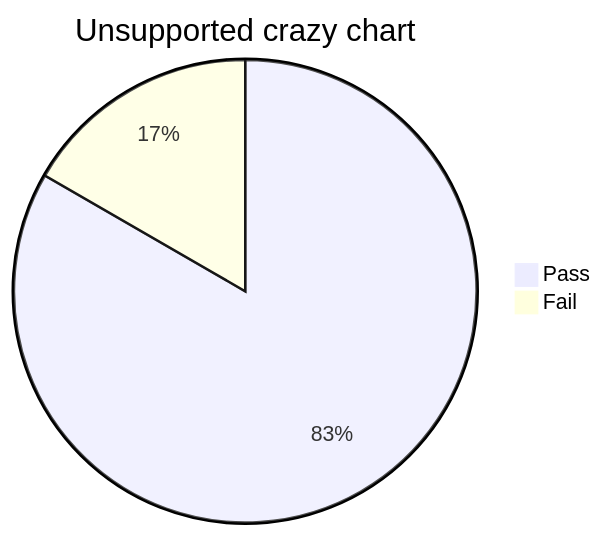
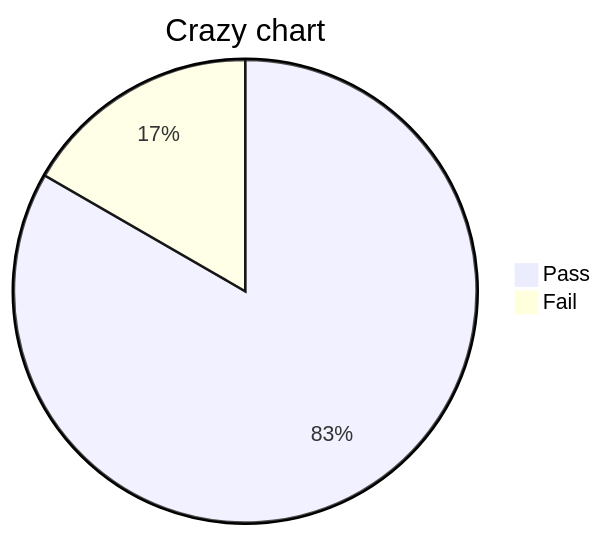
The second of 2 diagrams in Packages/Tests/MarkdownPDFTests/Fixtures/crazy-markdown-torture.md (mihaelamj/MarkdownPDF), drawn with Mermaid before and after one commit. The commit also changed other lines of this file and 15 other files, not shown here.

First line of the commit message:
feat(charts): add native chart rendering

````diff
--- a/Packages/Tests/MarkdownPDFTests/Fixtures/crazy-markdown-torture.md
+++ b/Packages/Tests/MarkdownPDFTests/Fixtures/crazy-markdown-torture.md
@@ -157,5 +157,5 @@
 ```mermaid
-pie title Unsupported crazy chart
+pie title Crazy chart
     "Pass" : 5
     "Fail" : 1
 ```
````
